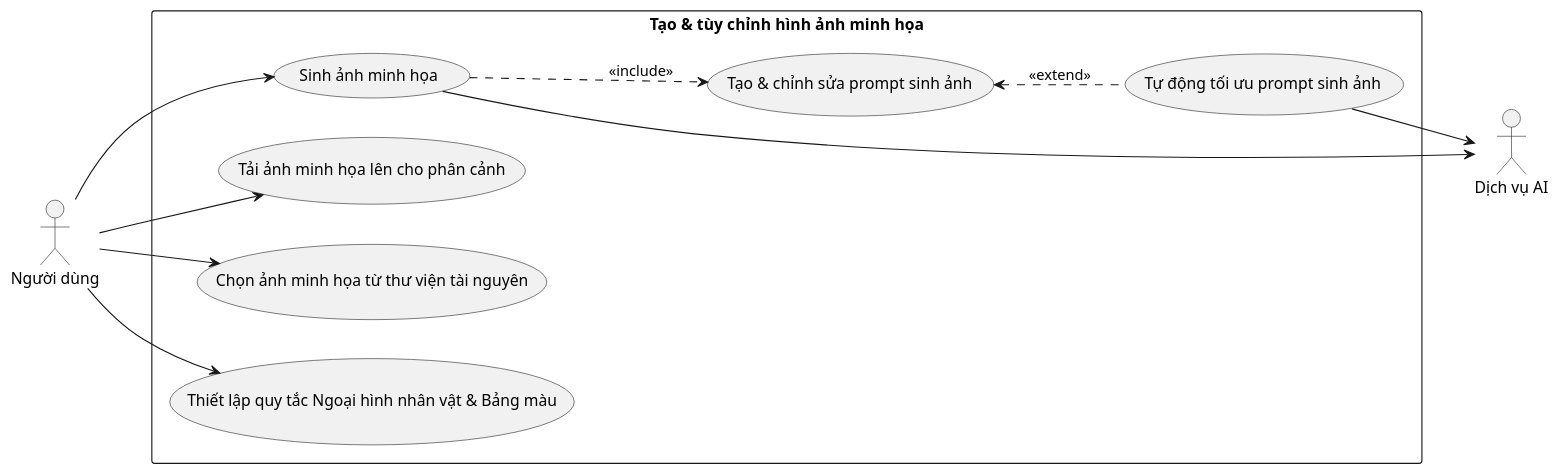
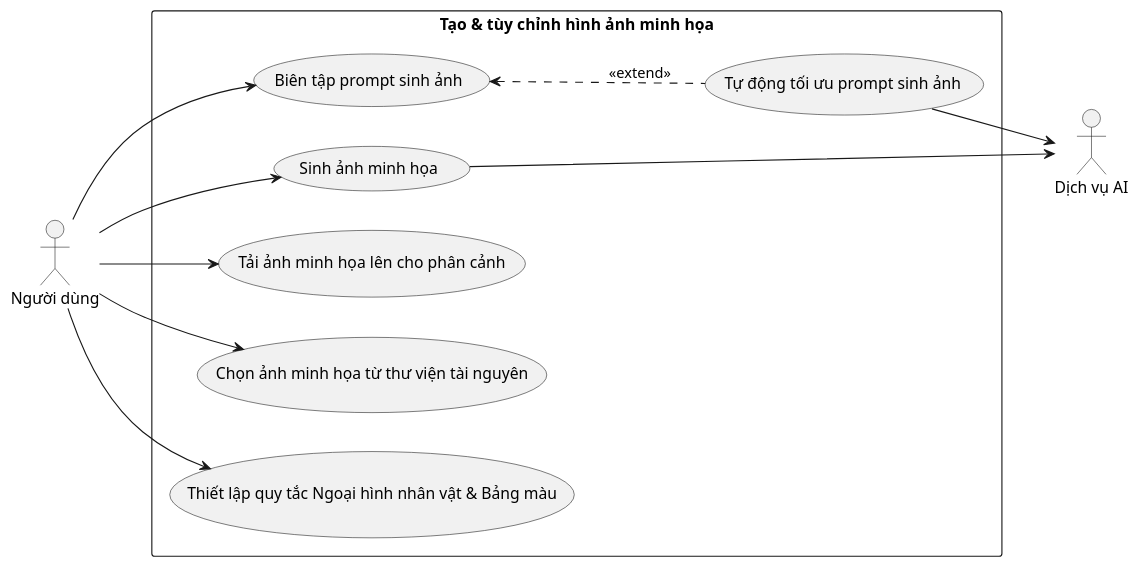
Before and after one commit to 202416852-anhpv/story2video-docs: the diagram in docs/bieu-do-uc/bieu-do-uc-chi-tiet/make/tao-va-chinh-sua-phan-canh/tao-va-tuy-chinh-hinh-anh-minh-hoa.puml, drawn with PlantUML. The commit also changed 5 other files, not shown here.

```diff
--- a/docs/bieu-do-uc/bieu-do-uc-chi-tiet/make/tao-va-chinh-sua-phan-canh/tao-va-tuy-chinh-hinh-anh-minh-hoa.puml
+++ b/docs/bieu-do-uc/bieu-do-uc-chi-tiet/make/tao-va-chinh-sua-phan-canh/tao-va-tuy-chinh-hinh-anh-minh-hoa.puml
@@ -1,27 +1,27 @@
 @startuml tao-va-tuy-chinh-hinh-anh-minh-hoa
 left to right direction
 
 actor "Người dùng" as User
 actor "Dịch vụ AI" as AI_Service
 
 rectangle "Tạo & tùy chỉnh hình ảnh minh họa" {
-    usecase "Tạo & chỉnh sửa prompt sinh ảnh" as UC_01
+    usecase "Biên tập prompt sinh ảnh" as UC_01
     usecase "Tự động tối ưu prompt sinh ảnh" as UC_02
     usecase "Sinh ảnh minh họa" as UC_03
     usecase "Tải ảnh minh họa lên cho phân cảnh" as UC_04
     usecase "Chọn ảnh minh họa từ thư viện tài nguyên" as UC_05
     usecase "Thiết lập quy tắc Ngoại hình nhân vật & Bảng màu" as UC_06
 }
 
+User --> UC_01
 User --> UC_03
 User --> UC_04
 User --> UC_05
 User --> UC_06
 
 UC_01 <.. UC_02 : <<extend>>
-UC_03 ..> UC_01 : <<include>>
 
 UC_02 --> AI_Service
 UC_03 --> AI_Service
 
 @enduml
```
